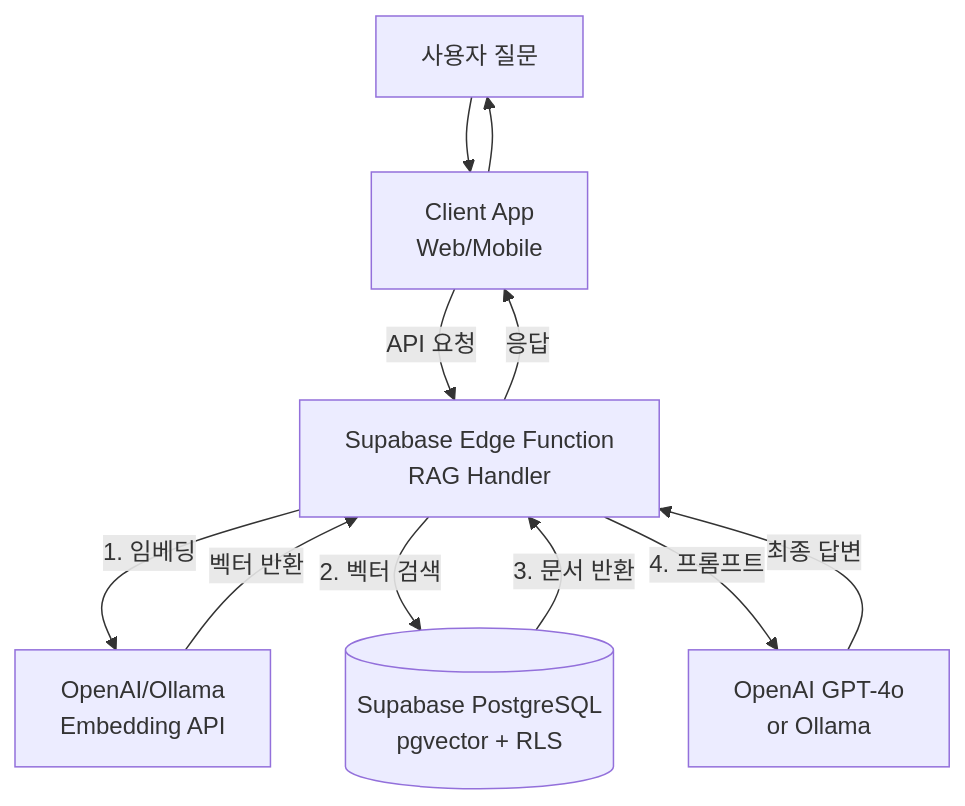
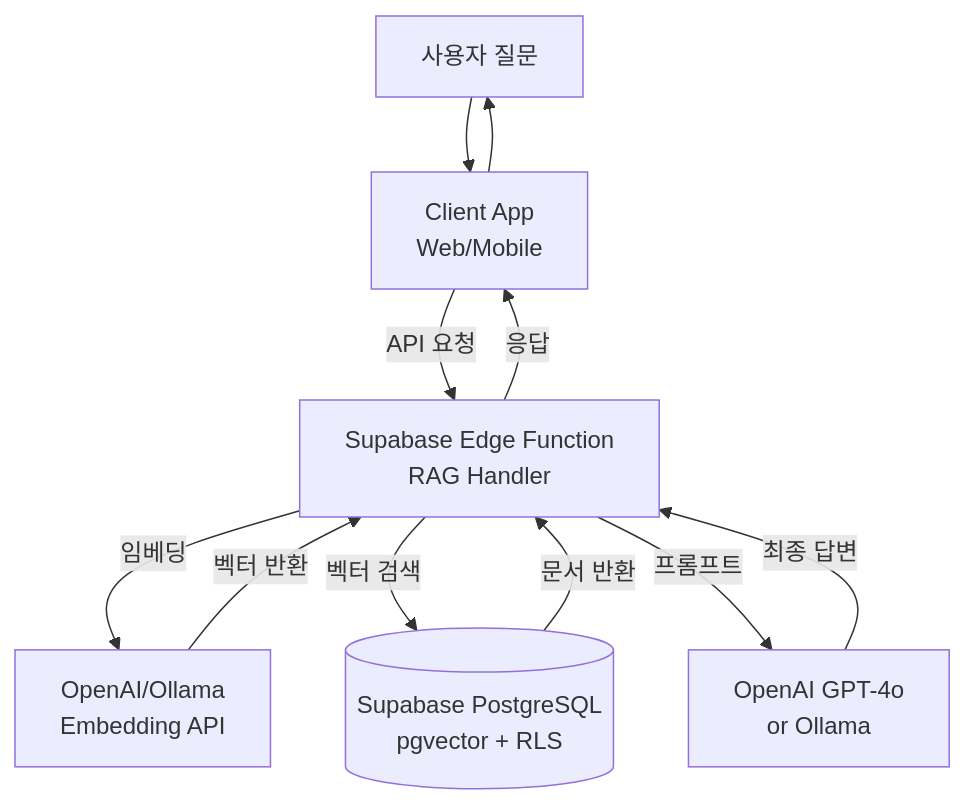
The diagram in supabase_rag_guide/README.md (arabangoo/rag_vectordb_guide), drawn with Mermaid before and after one commit.

Commit message:
Fix formatting in README.md for flowchart steps

````diff
--- a/supabase_rag_guide/README.md
+++ b/supabase_rag_guide/README.md
@@ -174,17 +174,17 @@
 ```mermaid
 graph TD
     User[사용자 질문] --> Client[Client App<br/>Web/Mobile]
     Client -->|API 요청| EdgeFunc[Supabase Edge Function<br/>RAG Handler]
 
-    EdgeFunc -->|1. 임베딩| Embedding[OpenAI/Ollama<br/>Embedding API]
+    EdgeFunc -->|임베딩| Embedding[OpenAI/Ollama<br/>Embedding API]
     Embedding -->|벡터 반환| EdgeFunc
 
-    EdgeFunc -->|2. 벡터 검색| Supabase[(Supabase PostgreSQL<br/>pgvector + RLS)]
-    Supabase -->|3. 문서 반환| EdgeFunc
+    EdgeFunc -->|벡터 검색| Supabase[(Supabase PostgreSQL<br/>pgvector + RLS)]
+    Supabase -->|문서 반환| EdgeFunc
 
-    EdgeFunc -->|4. 프롬프트| LLM[OpenAI GPT-4o<br/>or Ollama]
+    EdgeFunc -->|프롬프트| LLM[OpenAI GPT-4o<br/>or Ollama]
     LLM -->|최종 답변| EdgeFunc
 
     EdgeFunc -->|응답| Client
     Client --> User
 ```
````
